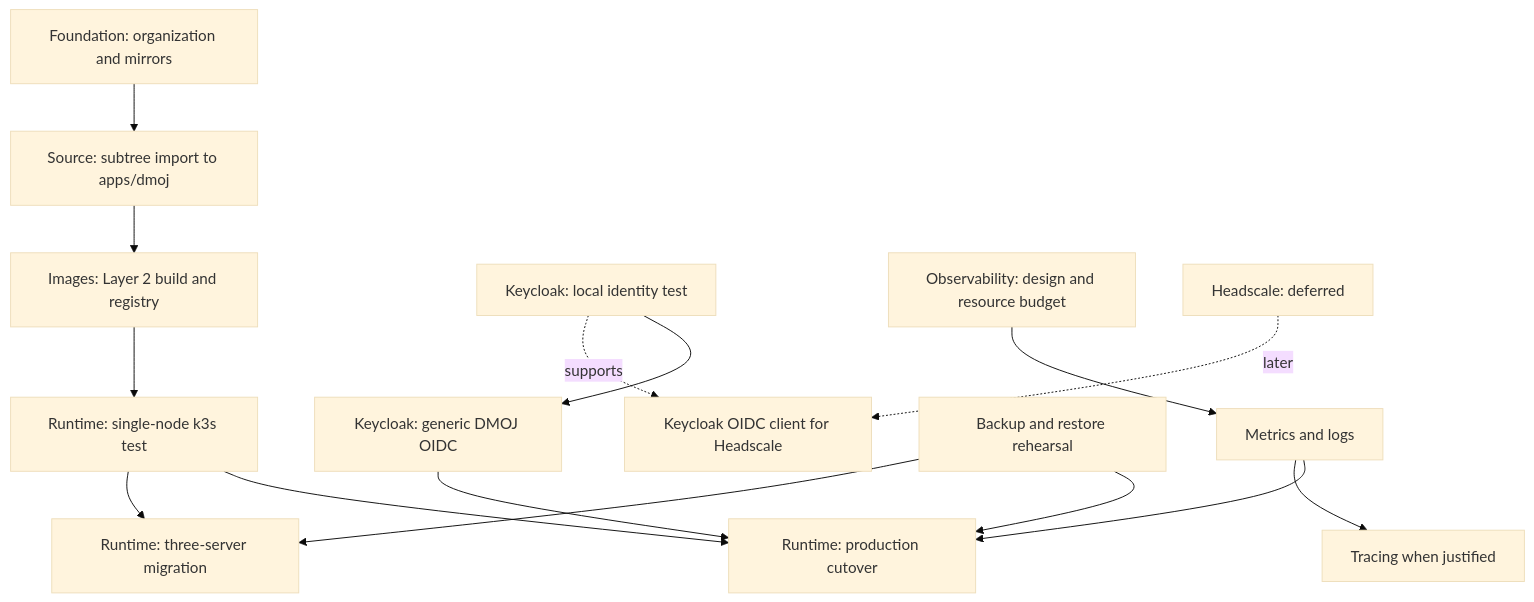
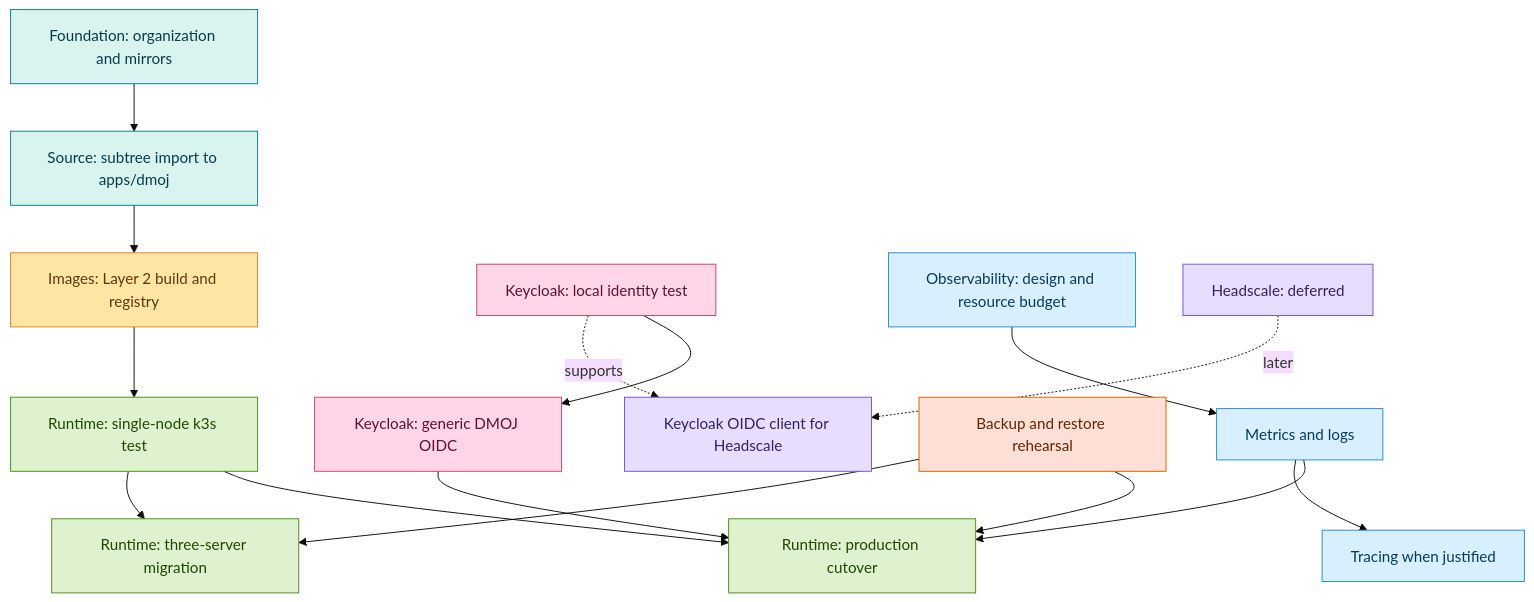
One commit to MoklaEducation/moj-docker-deploy changed the diagram in docs/architecture/solo-team-roadmap.md. Above: the diagram before and after it, drawn with Mermaid (base theme). The commit also changed other lines of this file, not shown here.

````diff
--- a/docs/architecture/solo-team-roadmap.md
+++ b/docs/architecture/solo-team-roadmap.md
@@ -14,21 +28,37 @@
 ```mermaid
 flowchart TD
   A[Foundation: organization and mirrors] --> B[Source: subtree import to apps/dmoj]
   B --> C[Images: Layer 2 build and registry]
   C --> D[Runtime: single-node k3s test]
   D --> E[Runtime: production cutover]
   D --> F[Runtime: three-server migration]
 
   K0[Keycloak: local identity test] --> K1[Keycloak: generic DMOJ OIDC]
   K1 --> E
 
   O0[Observability: design and resource budget] --> O1[Metrics and logs]
   O1 --> E
   O1 --> O2[Tracing when justified]
 
   S0[Backup and restore rehearsal] --> E
   S0 --> F
 
   H0[Headscale: deferred] -. later .-> H1[Keycloak OIDC client for Headscale]
   K0 -. supports .-> H1
+
+  classDef foundation fill:#d9f4ef,stroke:#087e8b,color:#073b4c
+  classDef image fill:#ffe5a3,stroke:#d9822b,color:#5f370e
+  classDef identity fill:#ffd6e8,stroke:#c44569,color:#61122f
+  classDef observability fill:#d8efff,stroke:#268bd2,color:#073b5c
+  classDef safety fill:#ffe0d6,stroke:#d55e00,color:#642500
+  classDef runtime fill:#dff2cf,stroke:#4f8a10,color:#244500
+  classDef network fill:#e7ddff,stroke:#7654c8,color:#352060
+
+  class A,B foundation
+  class C image
+  class K0,K1 identity
+  class O0,O1,O2 observability
+  class S0 safety
+  class D,E,F runtime
+  class H0,H1 network
 ```
````
